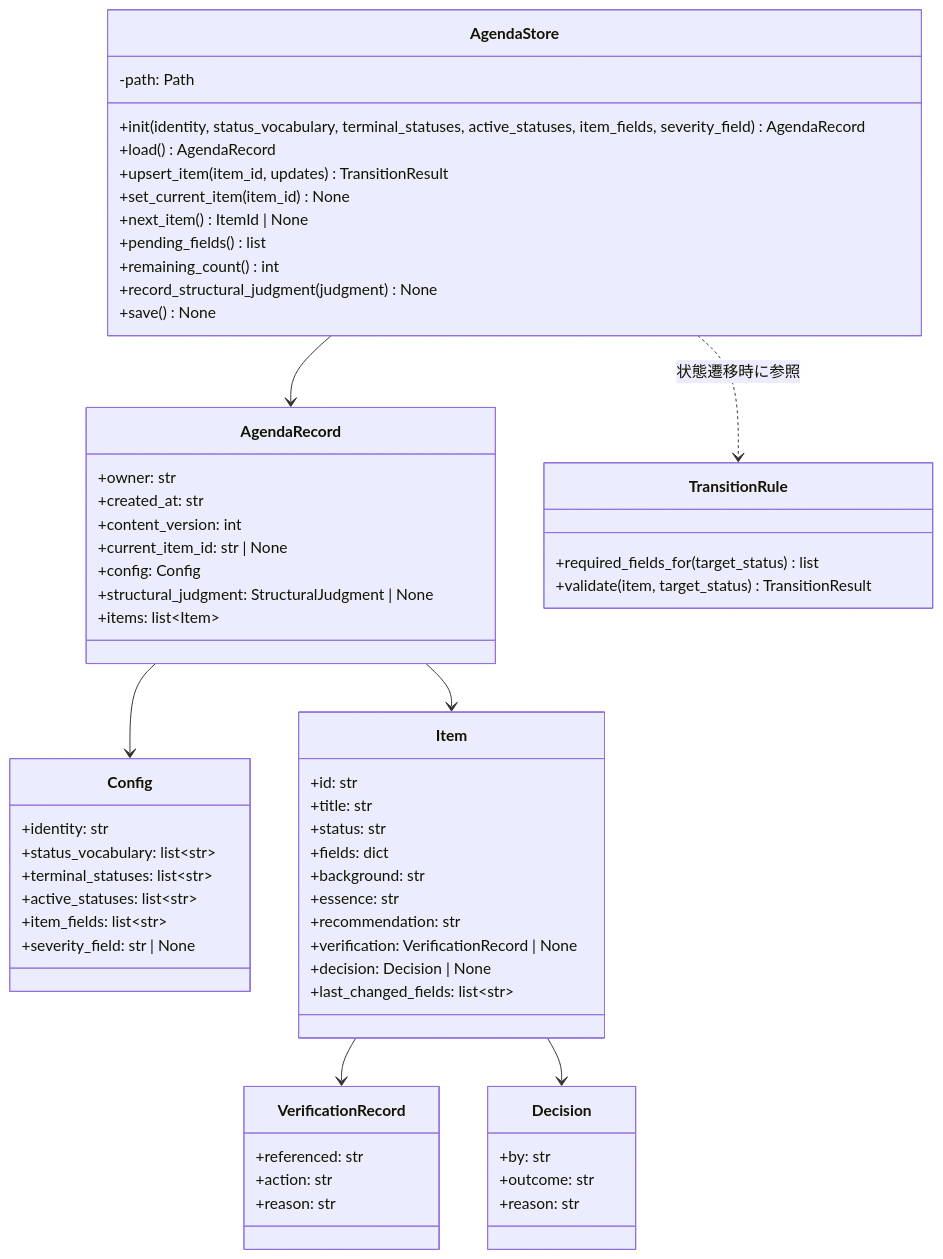
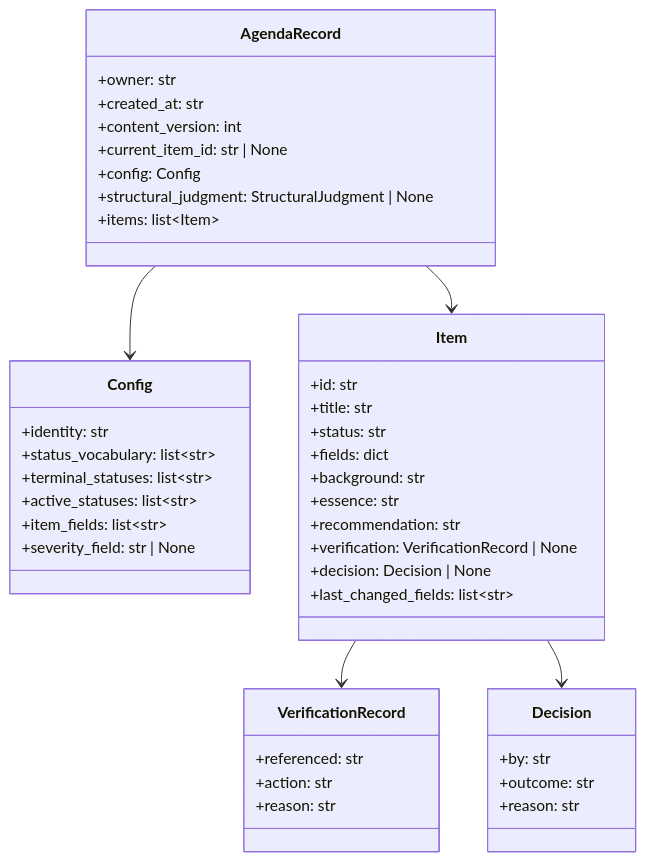
One commit to BlueEventHorizon/bw-cc-plugins changed the second of 3 diagrams in docs/specs/consult/agenda/design/DES-075_agenda_mechanism_design.md. Above: the diagram before and after it, drawn with Mermaid. The commit also changed other lines of this file and 3 other files, not shown here.

First line of the commit message:
feat(agenda): agenda_store.pyを実装し、AIがJSONを手書きしないCLI設計へ再設計する（TASK-003）

````diff
--- a/docs/specs/consult/agenda/design/DES-075_agenda_mechanism_design.md
+++ b/docs/specs/consult/agenda/design/DES-075_agenda_mechanism_design.md
@@ -69,65 +69,46 @@
 ```mermaid
 classDiagram
-    class AgendaStore {
-        -path: Path
-        +init(identity, status_vocabulary, terminal_statuses, active_statuses, item_fields, severity_field) AgendaRecord
-        +load() AgendaRecord
-        +upsert_item(item_id, updates) TransitionResult
-        +set_current_item(item_id) None
-        +next_item() ItemId | None
-        +pending_fields() list
-        +remaining_count() int
-        +record_structural_judgment(judgment) None
-        +save() None
-    }
     class AgendaRecord {
         +owner: str
         +created_at: str
         +content_version: int
         +current_item_id: str | None
         +config: Config
         +structural_judgment: StructuralJudgment | None
         +items: list~Item~
     }
     class Config {
         +identity: str
         +status_vocabulary: list~str~
         +terminal_statuses: list~str~
         +active_statuses: list~str~
         +item_fields: list~str~
         +severity_field: str | None
     }
     class Item {
         +id: str
         +title: str
         +status: str
         +fields: dict
         +background: str
         +essence: str
         +recommendation: str
         +verification: VerificationRecord | None
         +decision: Decision | None
         +last_changed_fields: list~str~
     }
     class VerificationRecord {
         +referenced: str
         +action: str
         +reason: str
     }
     class Decision {
         +by: str
         +outcome: str
         +reason: str
     }
-    class TransitionRule {
-        +required_fields_for(target_status) list
-        +validate(item, target_status) TransitionResult
-    }
-
-    AgendaStore --> AgendaRecord
     AgendaRecord --> Config
     AgendaRecord --> Item
     Item --> VerificationRecord
     Item --> Decision
-    AgendaStore ..> TransitionRule : 状態遷移時に参照
 ```
````
